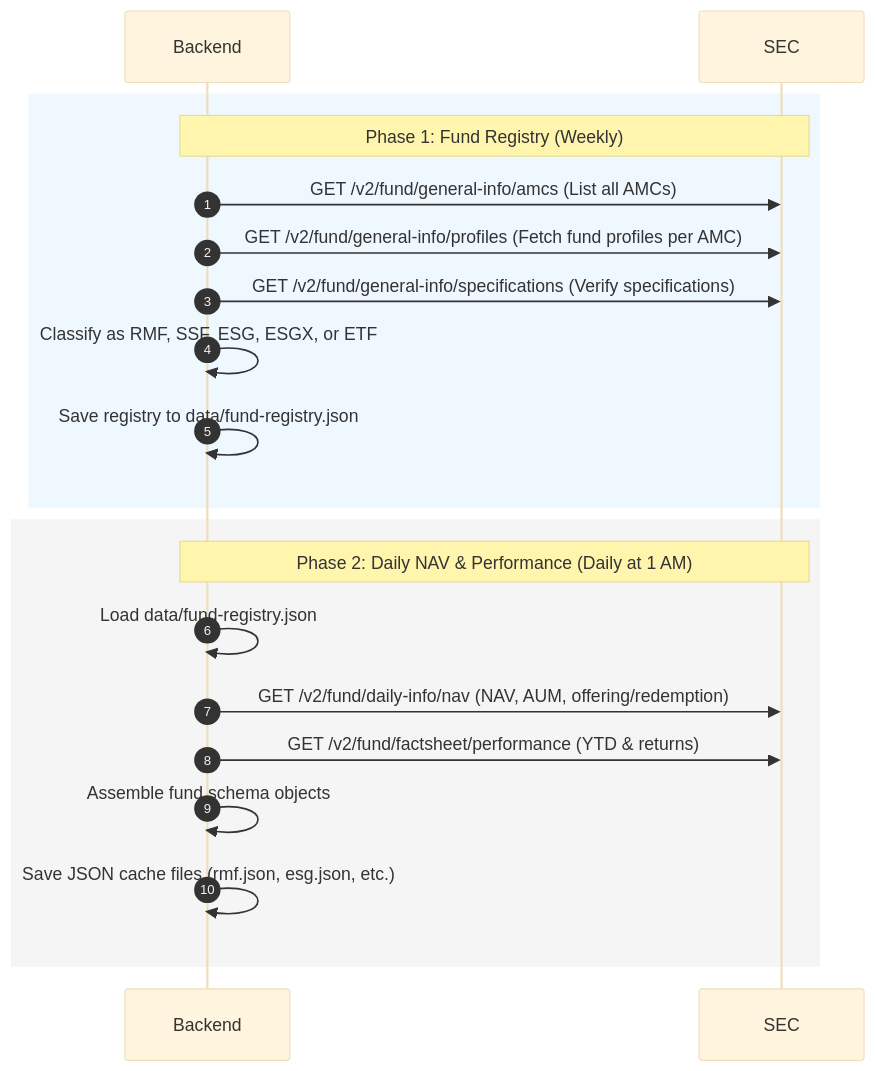
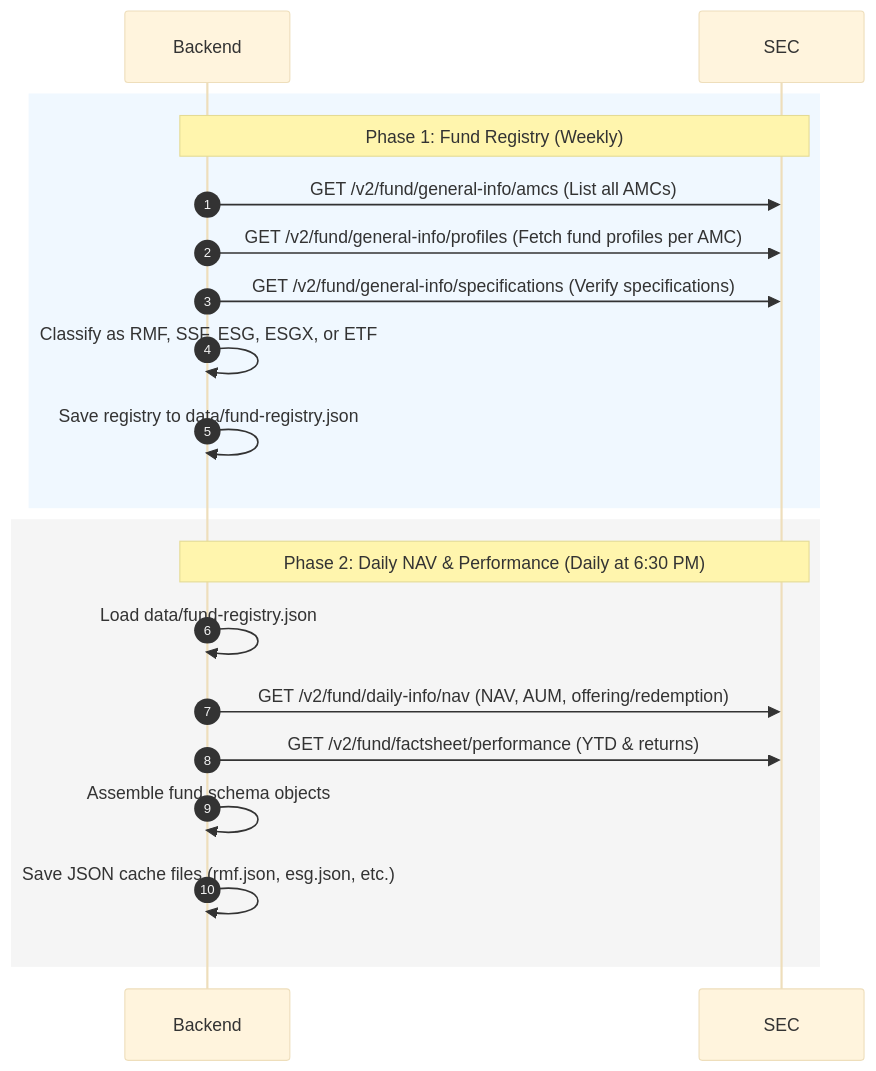
Before and after one commit to zr0aces/SarnFund: the second of 2 diagrams in docs/architecture.md, drawn with Mermaid (base theme). The commit also changed other lines of this file and 12 other files, not shown here.

Commit message:
refactor: deepen architecture by introducing Config, FundStore, and SecConnector seams

````diff
--- a/docs/architecture.md
+++ b/docs/architecture.md
@@ -27,21 +27,21 @@
 ```mermaid
 sequenceDiagram
     autonumber
     rect rgb(240, 248, 255)
     Note over Backend, SEC: Phase 1: Fund Registry (Weekly)
     Backend->>SEC: GET /v2/fund/general-info/amcs (List all AMCs)
     Backend->>SEC: GET /v2/fund/general-info/profiles (Fetch fund profiles per AMC)
     Backend->>SEC: GET /v2/fund/general-info/specifications (Verify specifications)
     Backend->>Backend: Classify as RMF, SSF, ESG, ESGX, or ETF
     Backend->>Backend: Save registry to data/fund-registry.json
     end
     
     rect rgb(245, 245, 245)
-    Note over Backend, SEC: Phase 2: Daily NAV & Performance (Daily at 1 AM)
+    Note over Backend, SEC: Phase 2: Daily NAV & Performance (Daily at 6:30 PM)
     Backend->>Backend: Load data/fund-registry.json
     Backend->>SEC: GET /v2/fund/daily-info/nav (NAV, AUM, offering/redemption)
     Backend->>SEC: GET /v2/fund/factsheet/performance (YTD & returns)
     Backend->>Backend: Assemble fund schema objects
     Backend->>Backend: Save JSON cache files (rmf.json, esg.json, etc.)
     end
 ```
````
